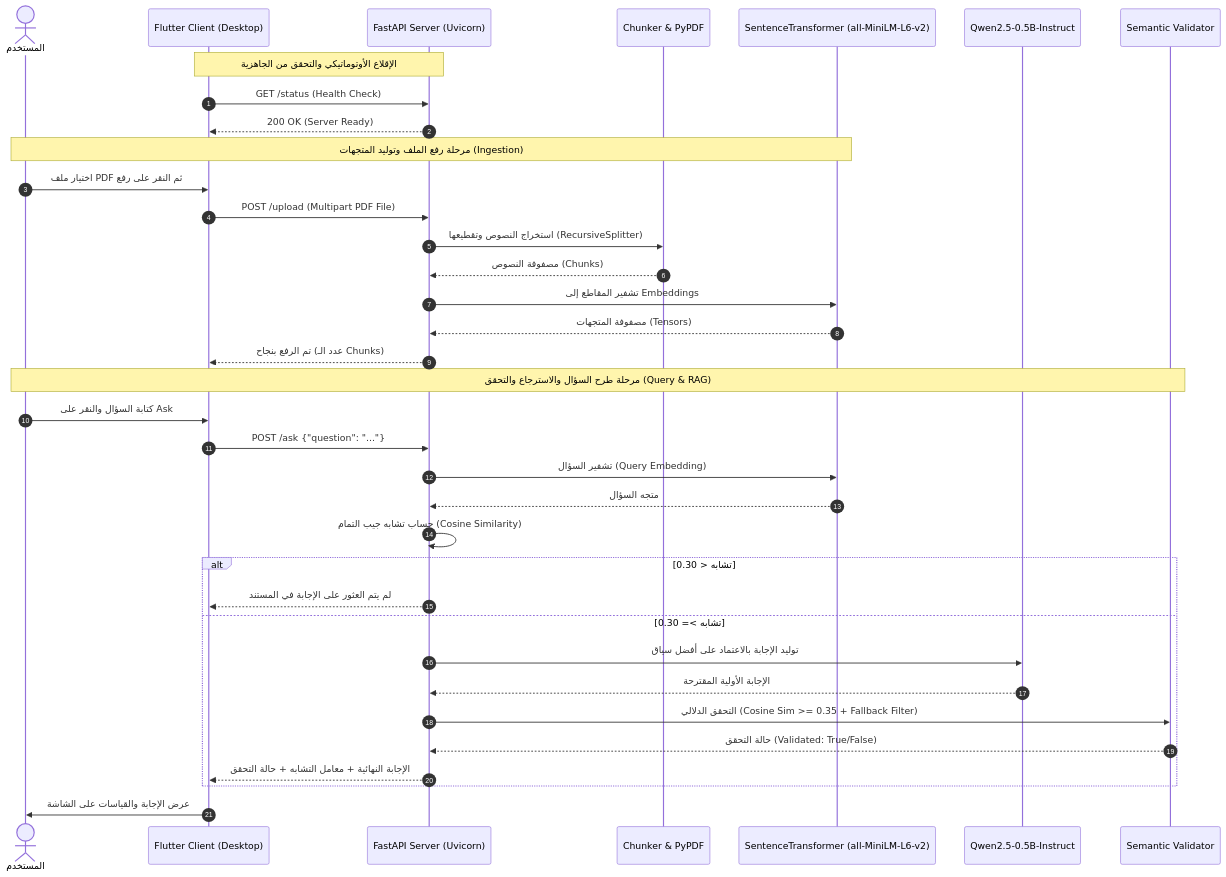
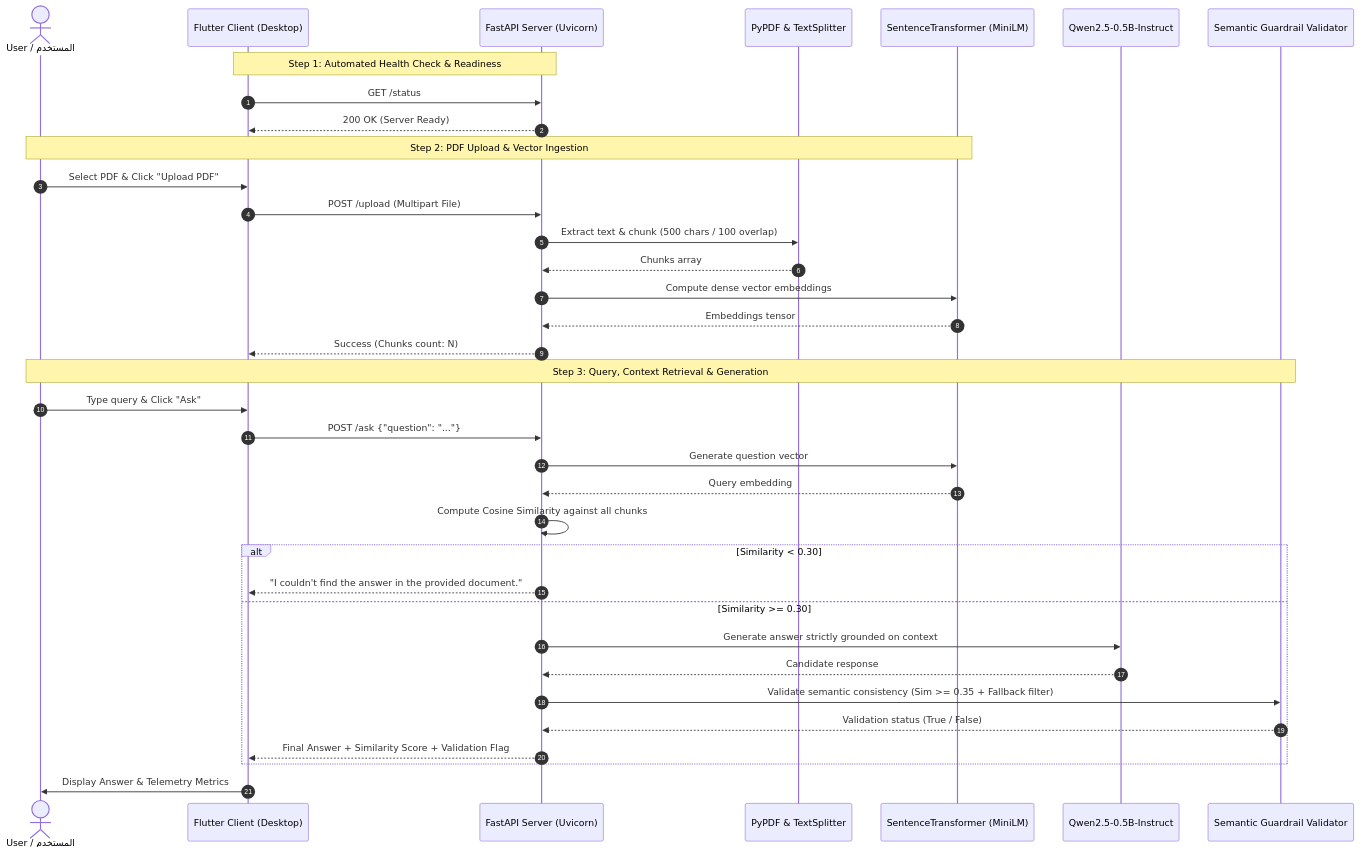
One commit to khowlah/Local-rag-app changed the diagram in README.md. Above: the diagram before and after it, drawn with Mermaid. The commit also changed other lines of this file and 2 other files, not shown here.

````diff
--- a/README.md
+++ b/README.md
@@ -102,41 +84,41 @@
 ```mermaid
 sequenceDiagram
     autonumber
-    actor User as المستخدم
+    actor User as User / المستخدم
     participant UI as Flutter Client (Desktop)
     participant API as FastAPI Server (Uvicorn)
-    participant Parser as Chunker & PyPDF
-    participant Embed as SentenceTransformer (all-MiniLM-L6-v2)
+    participant Parser as PyPDF & TextSplitter
+    participant Embed as SentenceTransformer (MiniLM)
     participant LLM as Qwen2.5-0.5B-Instruct
-    participant Val as Semantic Validator
+    participant Val as Semantic Guardrail Validator
 
-    Note over UI,API: الإقلاع الأوتوماتيكي والتحقق من الجاهزية
-    UI->>API: GET /status (Health Check)
+    Note over UI,API: Step 1: Automated Health Check & Readiness
+    UI->>API: GET /status
     API-->>UI: 200 OK (Server Ready)
 
-    Note over User,Embed: مرحلة رفع الملف وتوليد المتجهات (Ingestion)
-    User->>UI: اختيار ملف PDF ثم النقر على رفع
-    UI->>API: POST /upload (Multipart PDF File)
-    API->>Parser: استخراج النصوص وتقطيعها (RecursiveSplitter)
-    Parser-->>API: مصفوفة النصوص (Chunks)
-    API->>Embed: تشفير المقاطع إلى Embeddings
-    Embed-->>API: مصفوفة المتجهات (Tensors)
-    API-->>UI: تم الرفع بنجاح (عدد الـ Chunks)
+    Note over User,Embed: Step 2: PDF Upload & Vector Ingestion
+    User->>UI: Select PDF & Click "Upload PDF"
+    UI->>API: POST /upload (Multipart File)
+    API->>Parser: Extract text & chunk (500 chars / 100 overlap)
+    Parser-->>API: Chunks array
+    API->>Embed: Compute dense vector embeddings
+    Embed-->>API: Embeddings tensor
+    API-->>UI: Success (Chunks count: N)
 
-    Note over User,Val: مرحلة طرح السؤال والاسترجاع والتحقق (Query & RAG)
-    User->>UI: كتابة السؤال والنقر على Ask
+    Note over User,Val: Step 3: Query, Context Retrieval & Generation
+    User->>UI: Type query & Click "Ask"
     UI->>API: POST /ask {"question": "..."}
-    API->>Embed: تشفير السؤال (Query Embedding)
-    Embed-->>API: متجه السؤال
-    API->>API: حساب تشابه جيب التمام (Cosine Similarity)
-    alt تشابه < 0.30
-        API-->>UI: لم يتم العثور على الإجابة في المستند
-    else تشابه >= 0.30
-        API->>LLM: توليد الإجابة بالاعتماد على أفضل سياق
-        LLM-->>API: الإجابة الأولية المقترحة
-        API->>Val: التحقق الدلالي (Cosine Sim >= 0.35 + Fallback Filter)
-        Val-->>API: حالة التحقق (Validated: True/False)
-        API-->>UI: الإجابة النهائية + معامل التشابه + حالة التحقق
+    API->>Embed: Generate question vector
+    Embed-->>API: Query embedding
+    API->>API: Compute Cosine Similarity against all chunks
+    alt Similarity < 0.30
+        API-->>UI: "I couldn't find the answer in the provided document."
+    else Similarity >= 0.30
+        API->>LLM: Generate answer strictly grounded on context
+        LLM-->>API: Candidate response
+        API->>Val: Validate semantic consistency (Sim >= 0.35 + Fallback filter)
+        Val-->>API: Validation status (True / False)
+        API-->>UI: Final Answer + Similarity Score + Validation Flag
     end
-    UI->>User: عرض الإجابة والقياسات على الشاشة
+    UI->>User: Display Answer & Telemetry Metrics
 ```
````
